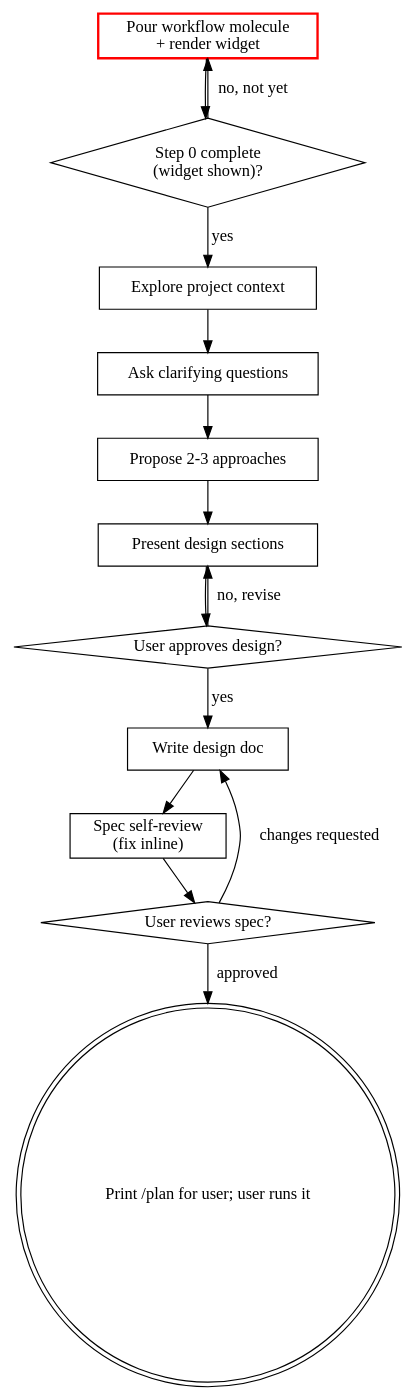
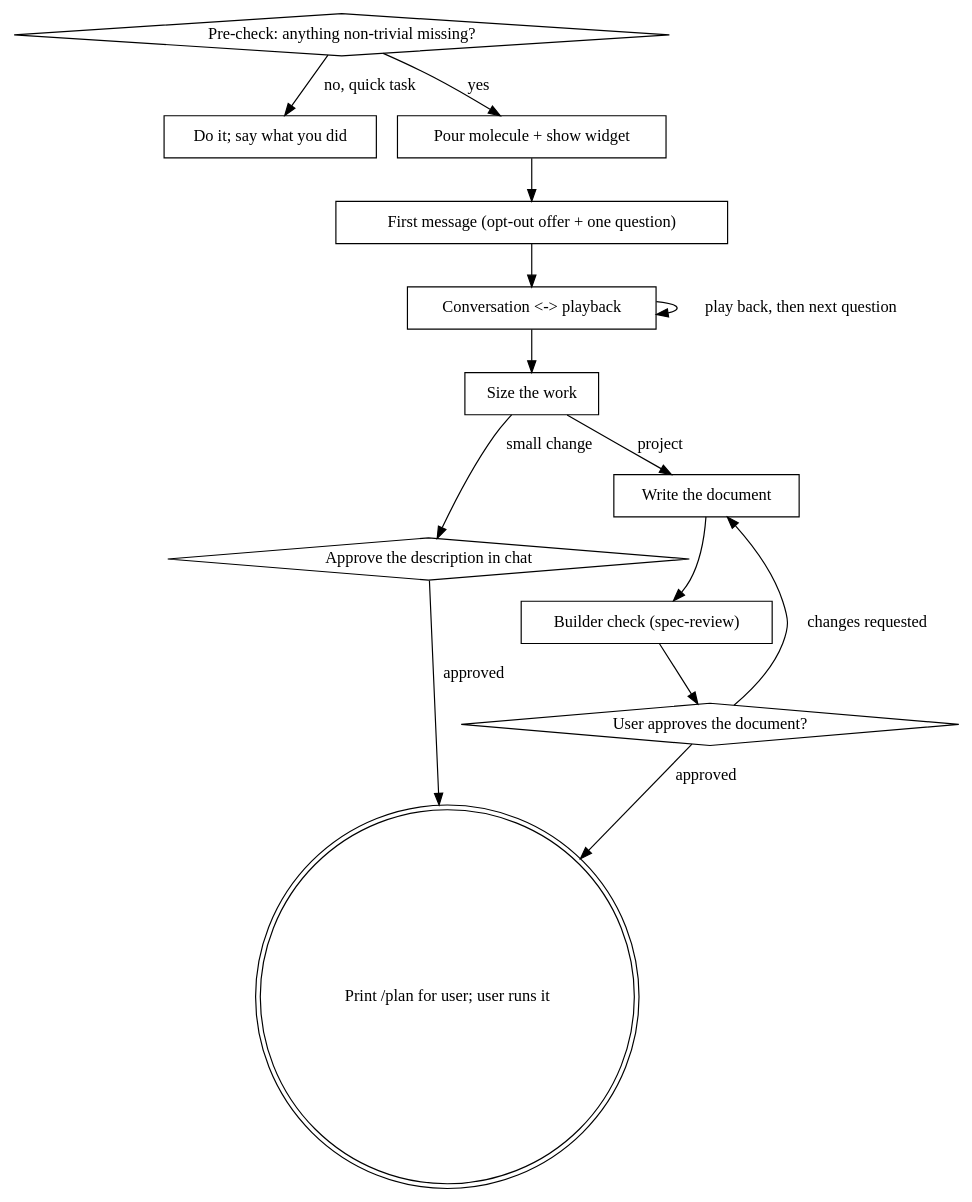
The diagram in packages/pi-superpowers-plus/skills/brainstorming/reference/process-flow.md (johnstegeman/pi-packages), drawn with Graphviz before and after one commit. The commit also changed 6 other files, not shown here.

````diff
--- a/packages/pi-superpowers-plus/skills/brainstorming/reference/process-flow.md
+++ b/packages/pi-superpowers-plus/skills/brainstorming/reference/process-flow.md
@@ -3,29 +3,29 @@
 ```dot
 digraph brainstorming {
-    "Pour workflow molecule\n+ render widget" [shape=box, style=bold, color=red];
-    "Step 0 complete\n(widget shown)?" [shape=diamond];
-    "Explore project context" [shape=box];
-    "Ask clarifying questions" [shape=box];
-    "Propose 2-3 approaches" [shape=box];
-    "Present design sections" [shape=box];
-    "User approves design?" [shape=diamond];
-    "Write design doc" [shape=box];
-    "Spec self-review\n(fix inline)" [shape=box];
-    "User reviews spec?" [shape=diamond];
+    "Pre-check: anything non-trivial missing?" [shape=diamond];
+    "Do it; say what you did" [shape=box];
+    "Pour molecule + show widget" [shape=box];
+    "First message (opt-out offer + one question)" [shape=box];
+    "Conversation <-> playback" [shape=box];
+    "Size the work" [shape=box];
+    "Approve the description in chat" [shape=diamond];
+    "Write the document" [shape=box];
+    "Builder check (spec-review)" [shape=box];
+    "User approves the document?" [shape=diamond];
     "Print /plan for user; user runs it" [shape=doublecircle];
 
-    "Pour workflow molecule\n+ render widget" -> "Step 0 complete\n(widget shown)?";
-    "Step 0 complete\n(widget shown)?" -> "Pour workflow molecule\n+ render widget" [label="no, not yet"];
-    "Step 0 complete\n(widget shown)?" -> "Explore project context" [label="yes"];
-    "Explore project context" -> "Ask clarifying questions";
-    "Ask clarifying questions" -> "Propose 2-3 approaches";
-    "Propose 2-3 approaches" -> "Present design sections";
-    "Present design sections" -> "User approves design?";
-    "User approves design?" -> "Present design sections" [label="no, revise"];
-    "User approves design?" -> "Write design doc" [label="yes"];
-    "Write design doc" -> "Spec self-review\n(fix inline)";
-    "Spec self-review\n(fix inline)" -> "User reviews spec?";
-    "User reviews spec?" -> "Write design doc" [label="changes requested"];
-    "User reviews spec?" -> "Print /plan for user; user runs it" [label="approved"];
+    "Pre-check: anything non-trivial missing?" -> "Do it; say what you did" [label="no, quick task"];
+    "Pre-check: anything non-trivial missing?" -> "Pour molecule + show widget" [label="yes"];
+    "Pour molecule + show widget" -> "First message (opt-out offer + one question)";
+    "First message (opt-out offer + one question)" -> "Conversation <-> playback";
+    "Conversation <-> playback" -> "Conversation <-> playback" [label="play back, then next question"];
+    "Conversation <-> playback" -> "Size the work";
+    "Size the work" -> "Approve the description in chat" [label="small change"];
+    "Size the work" -> "Write the document" [label="project"];
+    "Approve the description in chat" -> "Print /plan for user; user runs it" [label="approved"];
+    "Write the document" -> "Builder check (spec-review)";
+    "Builder check (spec-review)" -> "User approves the document?";
+    "User approves the document?" -> "Write the document" [label="changes requested"];
+    "User approves the document?" -> "Print /plan for user; user runs it" [label="approved"];
 }
 ```
````
